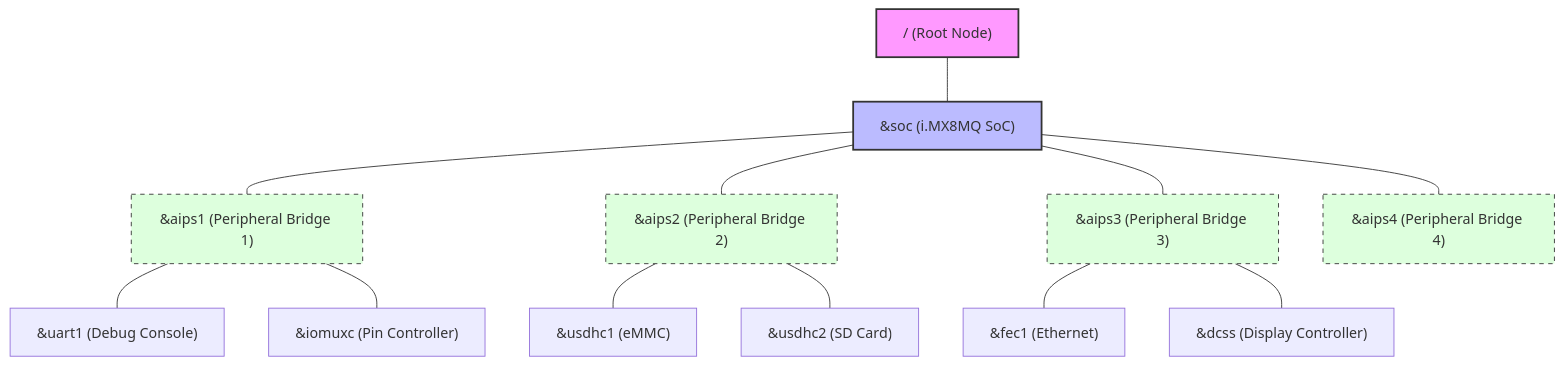
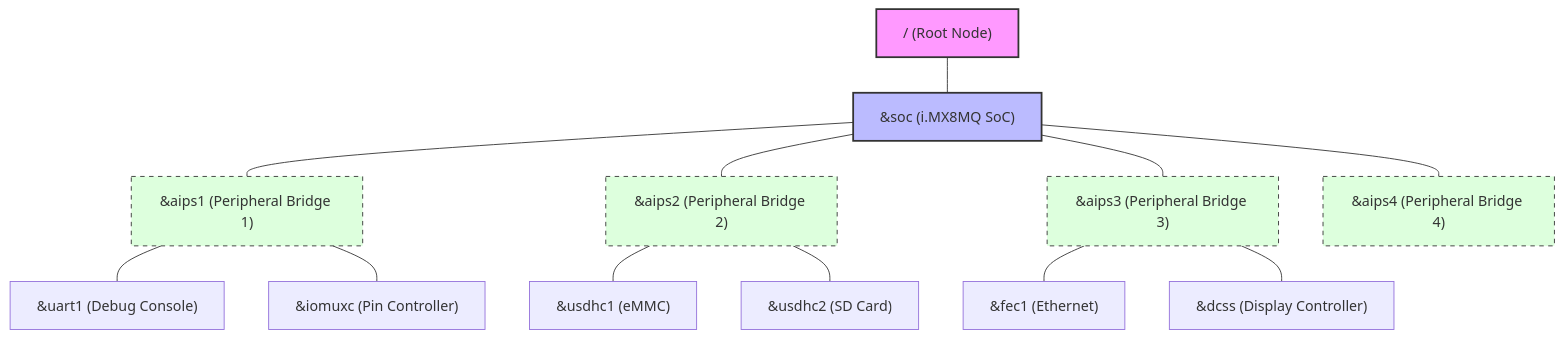
One commit to jinho-yoo/imx8m-quad-embedded-linux changed the second of 2 diagrams in U-Boot/U-Boot-layout.md. Above: the diagram before and after it, drawn with Mermaid. The commit also changed other lines of this file, not shown here.

````diff
--- a/U-Boot/U-Boot-layout.md
+++ b/U-Boot/U-Boot-layout.md
@@ -116,30 +118,31 @@
 ```mermaid
+%%{init: { 'theme': 'default', 'themeVariables': { 'fontSize': '16px', 'fontFamily': 'arial' }, 'config': { 'rankSpacing': 40 } } }%%
 graph TD
     Root["/ (Root Node)"] --- SoC["&soc (i.MX8MQ SoC)"]
     
     %% SoC 아래의 버스 구조
     SoC --- AIPS1["&aips1 (Peripheral Bridge 1)"]
     SoC --- AIPS2["&aips2 (Peripheral Bridge 2)"]
     SoC --- AIPS3["&aips3 (Peripheral Bridge 3)"]
     SoC --- AIPS4["&aips4 (Peripheral Bridge 4)"]
     
     %% AIPS1에 연결된 장치 (UART 등)
     AIPS1 --- UART1["&uart1 (Debug Console)"]
     AIPS1 --- IOMUXC["&iomuxc (Pin Controller)"]
     
     %% AIPS2에 연결된 장치 (Storage)
     AIPS2 --- USDHC1["&usdhc1 (eMMC)"]
     AIPS2 --- USDHC2["&usdhc2 (SD Card)"]
     
     %% AIPS3에 연결된 장치 (Network/Display)
     AIPS3 --- FEC1["&fec1 (Ethernet)"]
     AIPS3 --- DCSS["&dcss (Display Controller)"]
 
     %% 스타일링 (SPL 활성화 노드 강조)
     style Root fill:#f9f,stroke:#333,stroke-width:2px
     style SoC fill:#bbf,stroke:#333,stroke-width:2px
     style AIPS1 fill:#dfd,stroke:#333,stroke-dasharray: 5 5
     style AIPS2 fill:#dfd,stroke:#333,stroke-dasharray: 5 5
     style AIPS3 fill:#dfd,stroke:#333,stroke-dasharray: 5 5
     style AIPS4 fill:#dfd,stroke:#333,stroke-dasharray: 5 5
 ```
````
